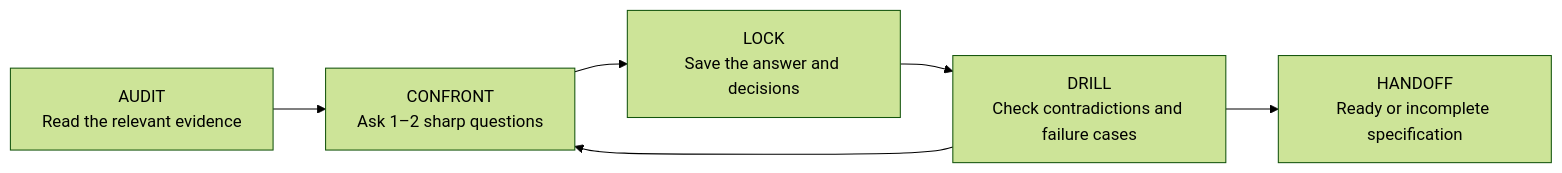
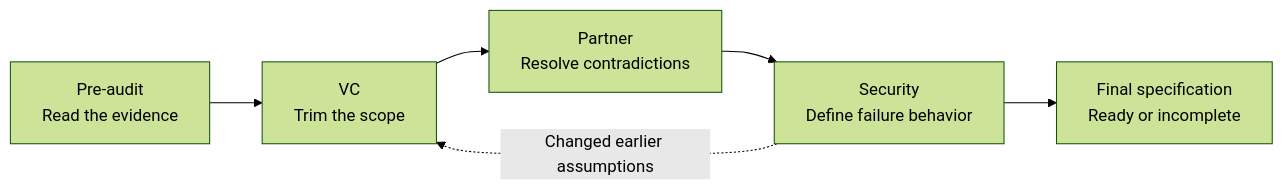
Before and after one commit to Malko-opensource/we-need-to-talk: the diagram in README.md, drawn with Mermaid (forest theme). The commit also changed other lines of this file and 12 other files, not shown here.

````diff
--- a/README.md
+++ b/README.md
@@ -184,8 +230,8 @@
 ```mermaid
 flowchart LR
-    A["AUDIT<br/>Read the relevant evidence"] --> B["CONFRONT<br/>Ask 1–2 sharp questions"]
-    B --> C["LOCK<br/>Save the answer and decisions"]
-    C --> D["DRILL<br/>Check contradictions and failure cases"]
-    D --> B
-    D --> E["HANDOFF<br/>Ready or incomplete specification"]
+    A["Pre-audit<br/>Read the evidence"] --> V["VC<br/>Trim the scope"]
+    V --> P["Partner<br/>Resolve contradictions"]
+    P --> S["Security<br/>Define failure behavior"]
+    S --> F["Final specification<br/>Ready or incomplete"]
+    S -. Changed earlier assumptions .-> V
 ```
````
